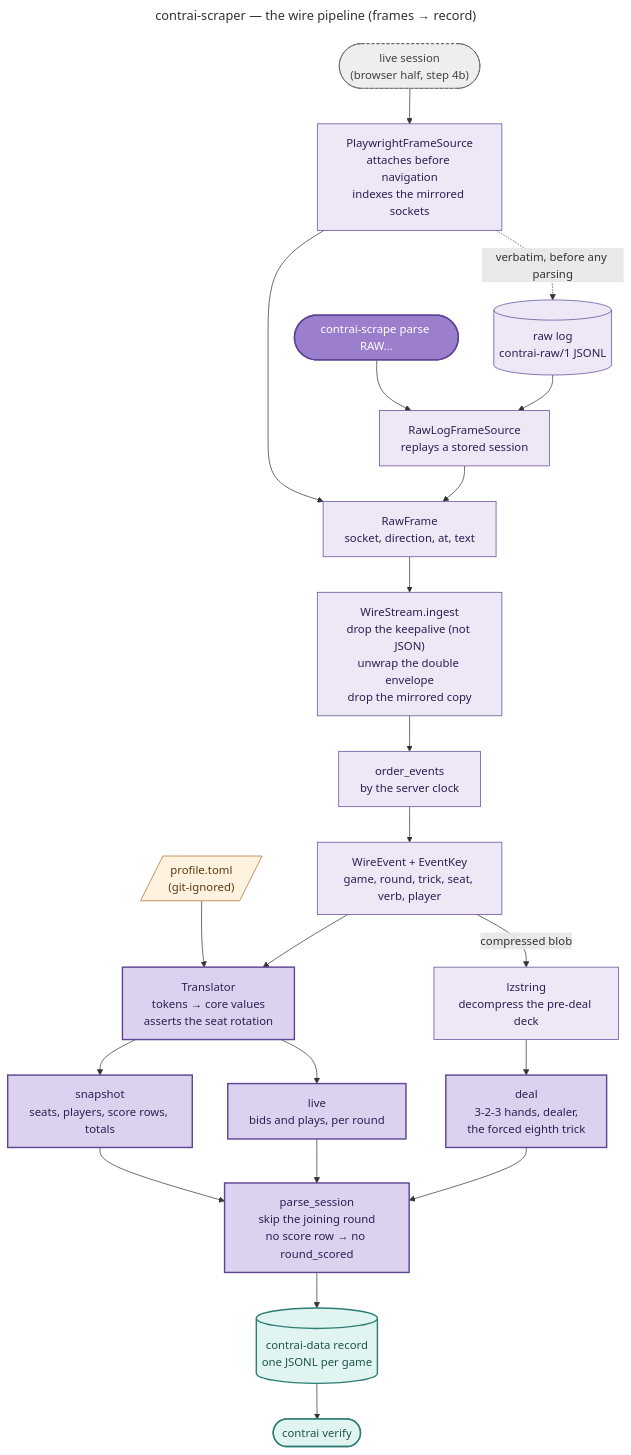
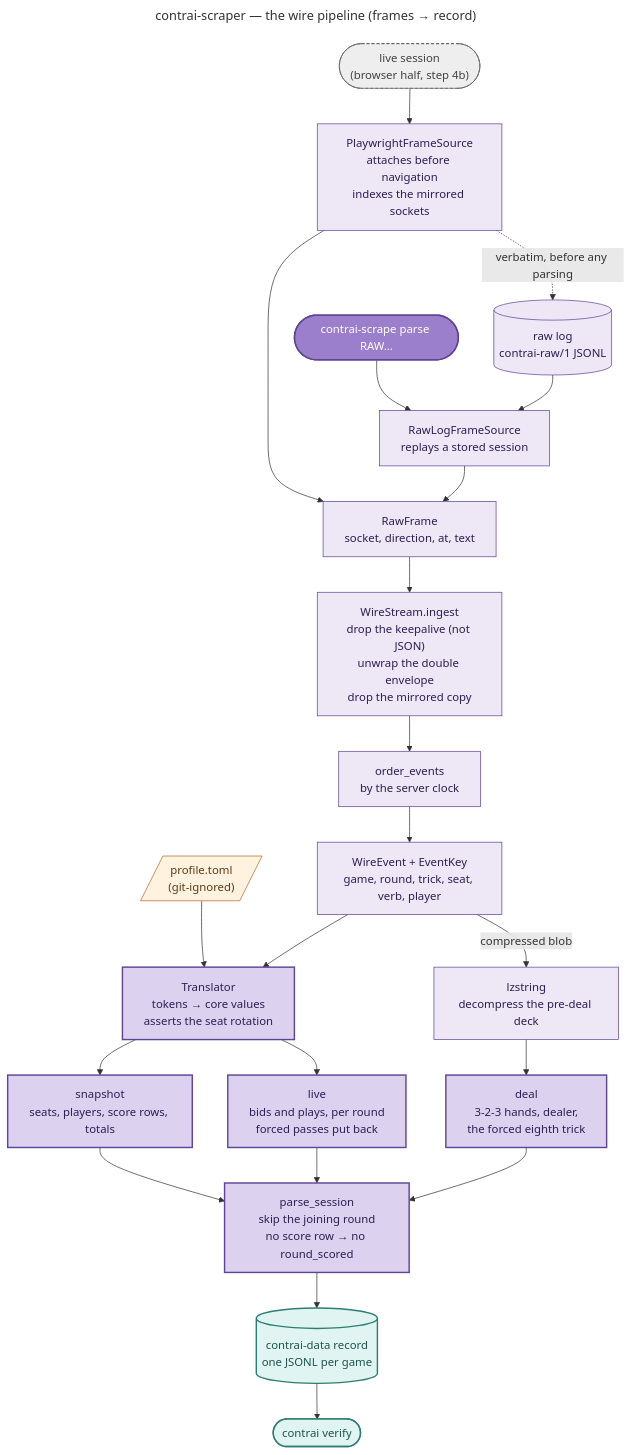
The diagram in docs/diagrams/flow_wire.mmd (valmathieu/ContrAI), drawn with Mermaid before and after one commit. The commit also changed 12 other files, not shown here.

First line of the commit message:
fix(scraper): restore the forced passes the wire never sends

```diff
--- a/docs/diagrams/flow_wire.mmd
+++ b/docs/diagrams/flow_wire.mmd
@@ -1,57 +1,57 @@
 ---
 title: contrai-scraper — the wire pipeline (frames → record)
 ---
 flowchart TD
     %% ---------- Two entry points, one pipeline ----------
     Live(["live session<br/>(browser half, step 4b)"]) --> PageSrc
     Replay(["contrai-scrape parse RAW…"]) --> LogSrc
 
     PageSrc["PlaywrightFrameSource<br/>attaches before navigation<br/>indexes the mirrored sockets"]
     LogSrc["RawLogFrameSource<br/>replays a stored session"]
 
     PageSrc --> RawFrames["RawFrame<br/>socket, direction, at, text"]
     LogSrc --> RawFrames
 
     %% ---------- Everything is stored before it is understood ----------
     PageSrc -. "verbatim, before any parsing" .-> Log[("raw log<br/>contrai-raw/1 JSONL")]
     Log --> LogSrc
 
     %% ---------- The wire layer ----------
     RawFrames --> Stream["WireStream.ingest<br/>drop the keepalive (not JSON)<br/>unwrap the double envelope<br/>drop the mirrored copy"]
     Stream --> Ordered["order_events<br/>by the server clock"]
     Ordered --> Events["WireEvent + EventKey<br/>game, round, trick, seat, verb, player"]
 
     %% ---------- Vocabulary is data, structure is code ----------
     Profile[/"profile.toml<br/>(git-ignored)"/] --> Translate
     Translate["Translator<br/>tokens → core values<br/>asserts the seat rotation"]
     Events --> Translate
 
     %% ---------- Assembly ----------
     Translate --> Snapshot["snapshot<br/>seats, players, score rows, totals"]
-    Translate --> LiveEv["live<br/>bids and plays, per round"]
+    Translate --> LiveEv["live<br/>bids and plays, per round<br/>forced passes put back"]
     Events -- "compressed blob" --> Lz["lzstring<br/>decompress the pre-deal deck"]
     Lz --> Deal
     Deal["deal<br/>3-2-3 hands, dealer,<br/>the forced eighth trick"]
 
     Snapshot --> Session
     LiveEv --> Session
     Deal --> Session
     Session["parse_session<br/>skip the joining round<br/>no score row → no round_scored"]
 
     Session --> Record[("contrai-data record<br/>one JSONL per game")]
     Record --> Verify(["contrai verify"])
 
     %% ---------- palette ----------
     classDef entry fill:#9B7FCC,stroke:#5E4495,stroke-width:2px,color:#FFFFFF;
     classDef scraper fill:#EDE7F6,stroke:#5E4495,stroke-width:1px,color:#2E1F52;
     classDef parse fill:#DCD2F0,stroke:#5E4495,stroke-width:2px,color:#2E1F52;
     classDef data fill:#E0F5F2,stroke:#2E7D74,stroke-width:2px,color:#1F544E;
     classDef config fill:#FFF3E0,stroke:#B26A28,stroke-width:1px,color:#5C3A14;
     classDef future fill:#EEEEEE,stroke:#616161,stroke-width:1px,color:#424242,stroke-dasharray:4 3;
 
     class Replay entry;
     class Live future;
     class PageSrc,LogSrc,RawFrames,Stream,Ordered,Events,Lz,Log scraper;
     class Translate,Snapshot,LiveEv,Deal,Session parse;
     class Record,Verify data;
     class Profile config;
```
